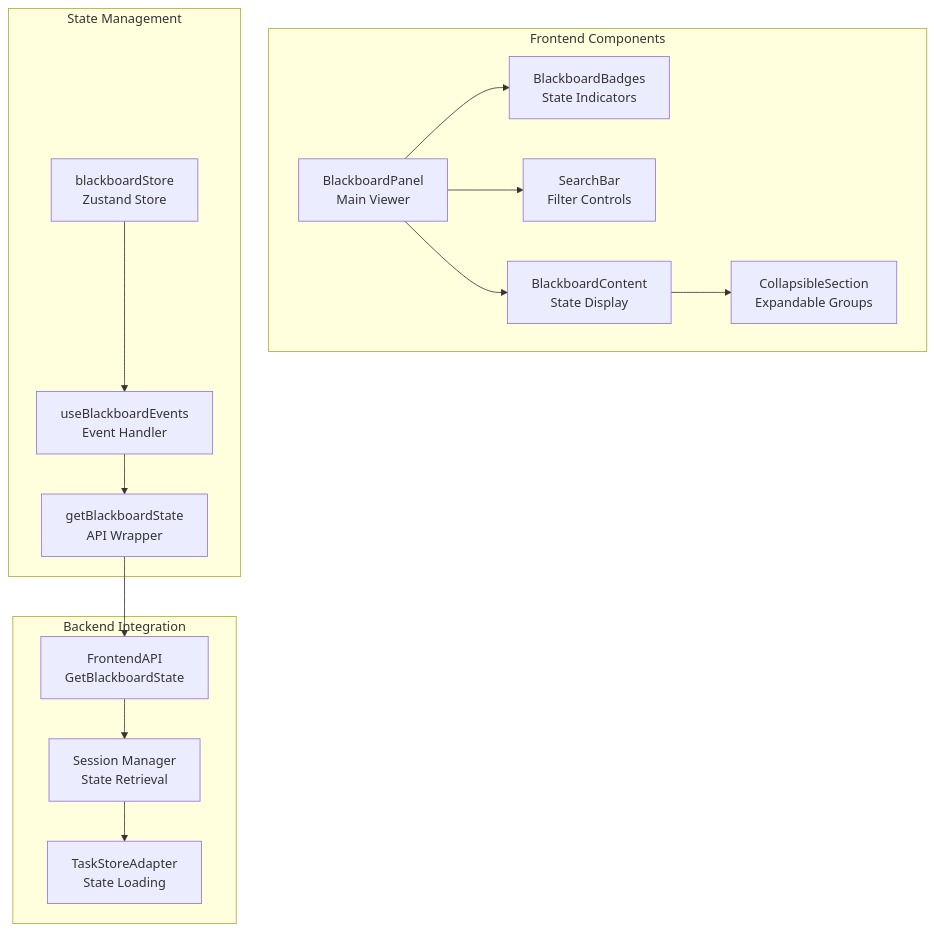
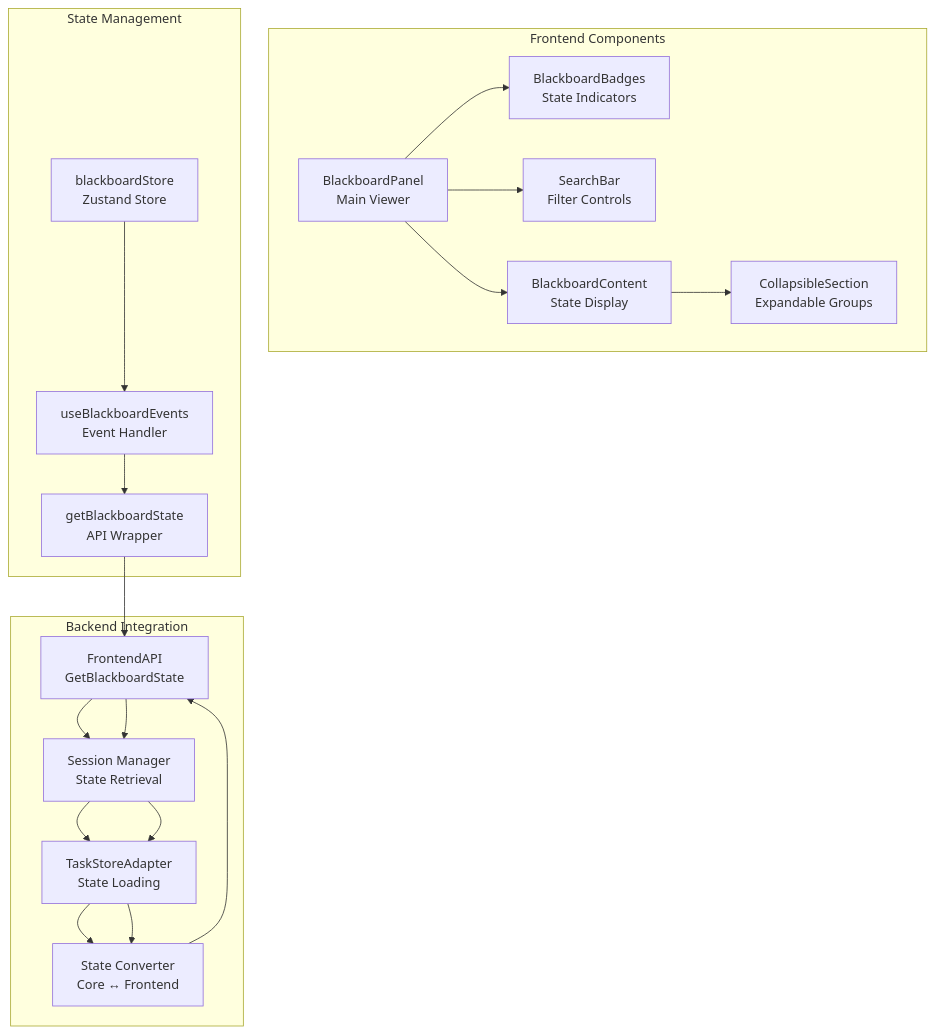
One commit to v0lka/c0wrk changed the ninth of 11 diagrams in .qoder/repowiki/en/content/Memory and Context Management/Blackboard Architecture.md. Above: the diagram before and after it, drawn with Mermaid. The commit also changed other lines of this file and 52 other files, not shown here.

````diff
--- a/.qoder/repowiki/en/content/Memory and Context Management/Blackboard Architecture.md
+++ b/.qoder/repowiki/en/content/Memory and Context Management/Blackboard Architecture.md
@@ -425,29 +572,35 @@
 ```mermaid
 graph TB
 subgraph "Frontend Components"
 BP["BlackboardPanel<br/>Main Viewer"]
 BB["BlackboardBadges<br/>State Indicators"]
 SB["SearchBar<br/>Filter Controls"]
 BC["BlackboardContent<br/>State Display"]
 CS["CollapsibleSection<br/>Expandable Groups"]
 end
 subgraph "State Management"
 BS["blackboardStore<br/>Zustand Store"]
 UE["useBlackboardEvents<br/>Event Handler"]
 GB["getBlackboardState<br/>API Wrapper"]
 end
 subgraph "Backend Integration"
 API["FrontendAPI<br/>GetBlackboardState"]
 SM["Session Manager<br/>State Retrieval"]
 TS["TaskStoreAdapter<br/>State Loading"]
+CONV["State Converter<br/>Core ↔ Frontend"]
 end
 BP --> BB
 BP --> SB
 BP --> BC
 BC --> CS
 BS --> UE
 UE --> GB
 GB --> API
 API --> SM
 SM --> TS
+TS --> CONV
+CONV --> API
+API --> SM
+SM --> TS
+TS --> CONV
 ```
````
